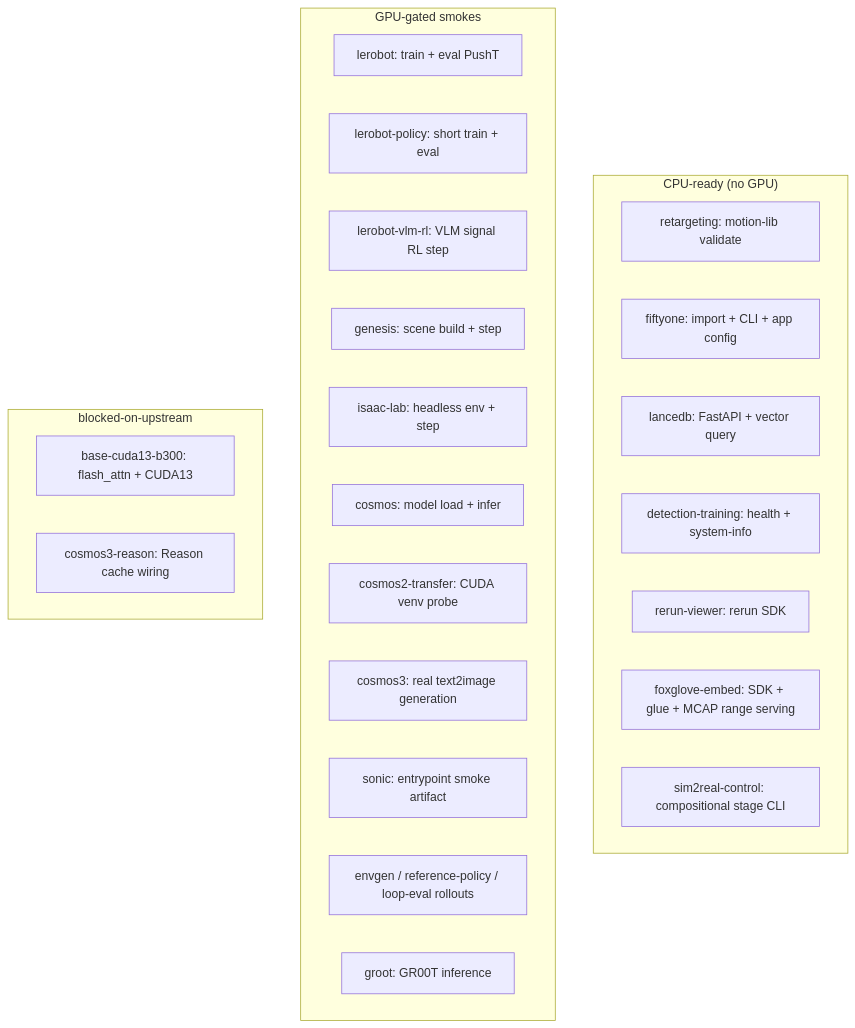
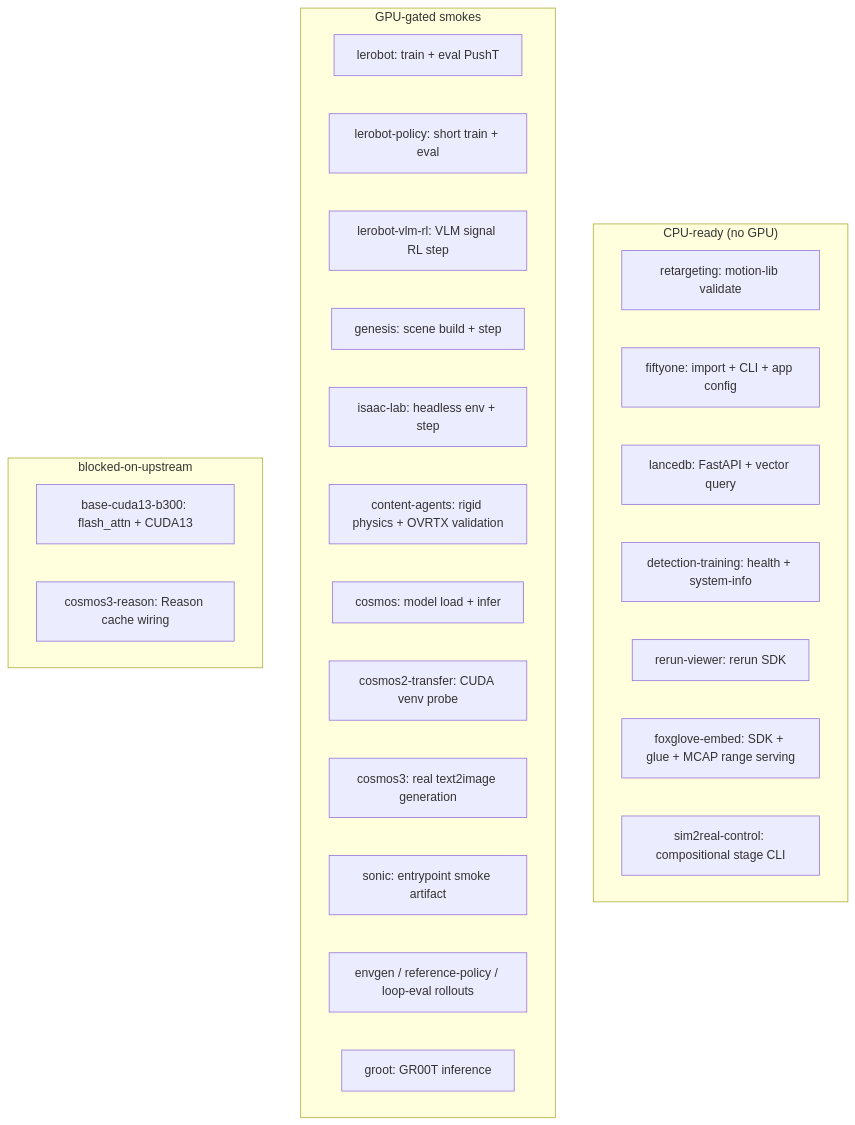
One commit to jeffmac-aix/nebius-physical-ai changed the diagram in docs/security/container-golden-evals.md. Above: the diagram before and after it, drawn with Mermaid. The commit also changed other lines of this file and 51 other files, not shown here.

First line of the commit message:
Publish Content Agents with runtime-fetched OVRTX (#334)

````diff
--- a/docs/security/container-golden-evals.md
+++ b/docs/security/container-golden-evals.md
@@ -69,29 +69,30 @@
 ```mermaid
 flowchart TB
   subgraph cpu_ready["CPU-ready (no GPU)"]
     retargeting["retargeting: motion-lib validate"]
     fiftyone["fiftyone: import + CLI + app config"]
     lancedb["lancedb: FastAPI + vector query"]
     det_train["detection-training: health + system-info"]
     rerun["rerun-viewer: rerun SDK"]
     foxglove["foxglove-embed: SDK + glue + MCAP range serving"]
     control["sim2real-control: compositional stage CLI"]
   end
   subgraph gpu_gated["GPU-gated smokes"]
     lerobot["lerobot: train + eval PushT"]
     policy["lerobot-policy: short train + eval"]
     vlm["lerobot-vlm-rl: VLM signal RL step"]
     genesis["genesis: scene build + step"]
     isaac["isaac-lab: headless env + step"]
+    content["content-agents: rigid physics + OVRTX validation"]
     cosmos["cosmos: model load + infer"]
     transfer["cosmos2-transfer: CUDA venv probe"]
     c3["cosmos3: real text2image generation"]
     sonic["sonic: entrypoint smoke artifact"]
     s2r["envgen / reference-policy / loop-eval rollouts"]
     groot["groot: GR00T inference"]
   end
   subgraph blocked["blocked-on-upstream"]
     b300["base-cuda13-b300: flash_attn + CUDA13"]
     reason["cosmos3-reason: Reason cache wiring"]
   end
 ```
````
